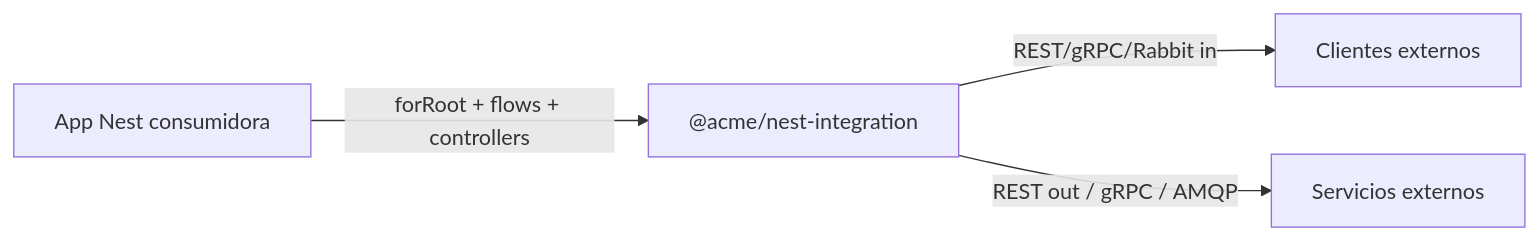
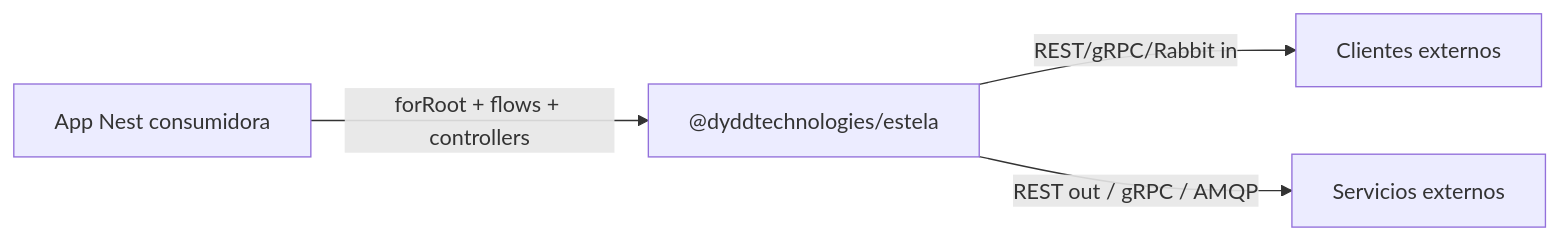
One commit to dyddtechnologies/estela changed the diagram in PLAN-arquitectura.md. Above: the diagram before and after it, drawn with Mermaid. The commit also changed other lines of this file and 14 other files, not shown here.

Commit message:
feat!: rebrand npm package to @estela/nest — merge review fixes (publishConfig public, engines, sideEffects, keywords, repo/bugs/homepage) + align all docs/skills/workflow

````diff
--- a/PLAN-arquitectura.md
+++ b/PLAN-arquitectura.md
@@ -63,6 +63,6 @@
 ```mermaid
 flowchart LR
-  App[App Nest consumidora] -->|forRoot + flows + controllers| Lib["@acme/nest-integration"]
+  App[App Nest consumidora] -->|forRoot + flows + controllers| Lib["@dyddtechnologies/estela"]
   Lib -->|REST/gRPC/Rabbit in| Ext[Clientes externos]
   Lib -->|REST out / gRPC / AMQP| Ext2[Servicios externos]
 ```
````
